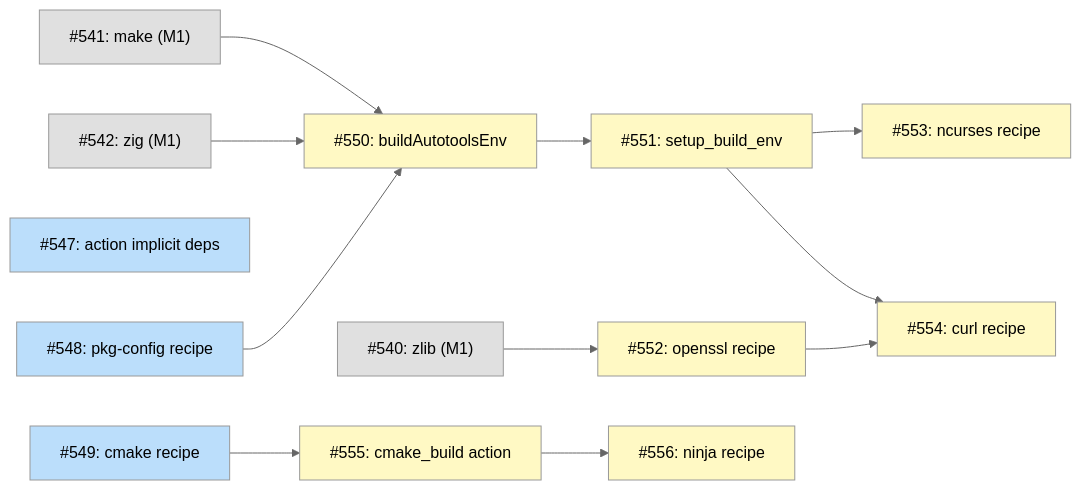
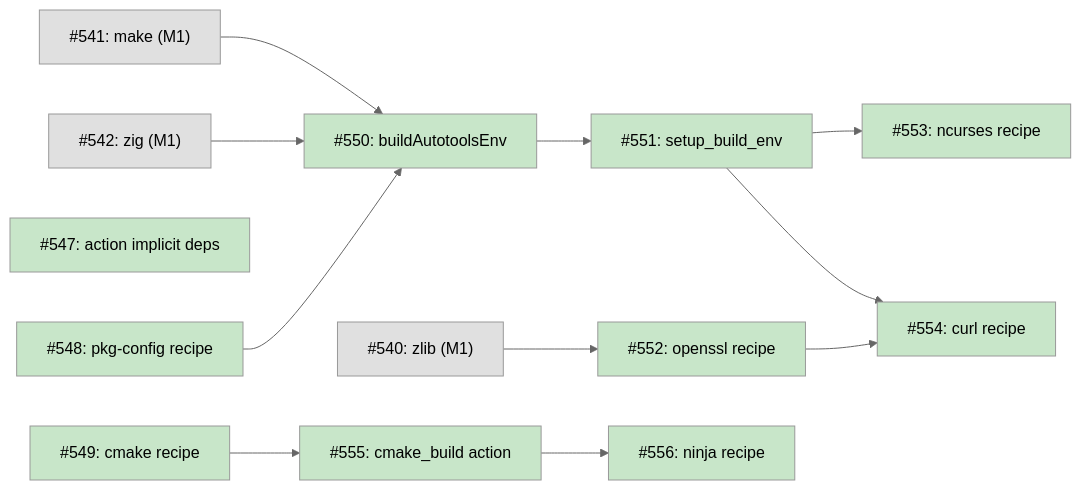
One commit to tsuku-dev/tsuku changed the second of 4 diagrams in docs/DESIGN-dependency-provisioning.md. Above: the diagram before and after it, drawn with Mermaid (neutral theme). The commit also changed other lines of this file and 2 other files, not shown here.

````diff
--- a/docs/DESIGN-dependency-provisioning.md
+++ b/docs/DESIGN-dependency-provisioning.md
@@ -62,36 +62,35 @@
 ```mermaid
 graph LR
     I540["#540: zlib (M1)"]
     I541["#541: make (M1)"]
     I542["#542: zig (M1)"]
     I547["#547: action implicit deps"]
     I548["#548: pkg-config recipe"]
     I549["#549: cmake recipe"]
     I550["#550: buildAutotoolsEnv"]
     I551["#551: setup_build_env"]
     I552["#552: openssl recipe"]
     I553["#553: ncurses recipe"]
     I554["#554: curl recipe"]
     I555["#555: cmake_build action"]
     I556["#556: ninja recipe"]
 
     I541 --> I550
     I542 --> I550
     I548 --> I550
     I550 --> I551
     I540 --> I552
     I551 --> I553
     I551 --> I554
     I552 --> I554
     I549 --> I555
     I555 --> I556
 
     classDef done fill:#c8e6c9
     classDef ready fill:#bbdefb
     classDef blocked fill:#fff9c4
     classDef external fill:#e0e0e0
 
     class I540,I541,I542 external
-    class I547,I548,I549 ready
-    class I550,I551,I552,I553,I554,I555,I556 blocked
+    class I547,I548,I549,I550,I551,I552,I553,I554,I555,I556 done
 ```
````
